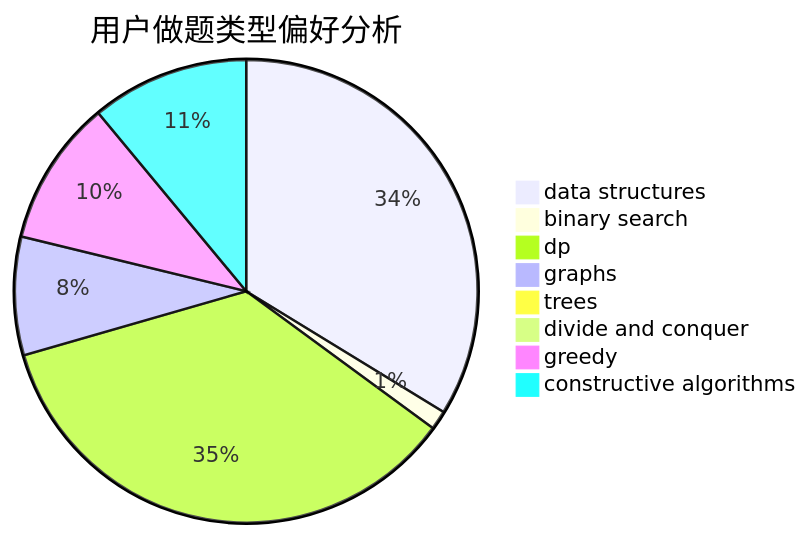
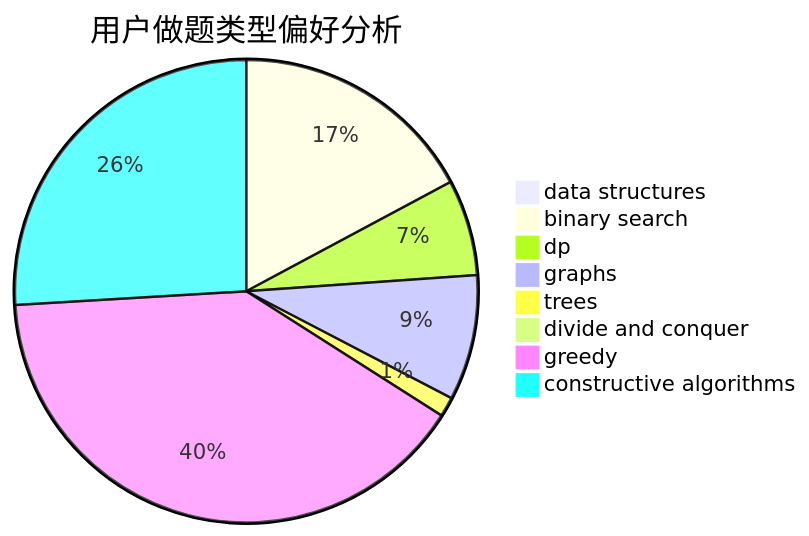
Before and after one commit to sherpahu/cfrs.github.io: the second of 3 diagrams in docs/user/u1058.md, drawn with Mermaid. The commit also changed other lines of this file and 2770 other files, not shown here.

````diff
--- a/docs/user/u1058.md
+++ b/docs/user/u1058.md
@@ -23,11 +23,11 @@
 ```mermaid
 pie title 用户做题类型偏好分析
-    "data structures" :  355
-    "binary search" :  14
-    "dp" :  373
-    "graphs" :  87
-    "trees" :  1
+    "data structures" :  3
+    "binary search" :  100
+    "dp" :  39
+    "graphs" :  51
+    "trees" :  8
     "divide and conquer" :  0
-    "greedy" :  107
-    "constructive algorithms" :  116
+    "greedy" :  233
+    "constructive algorithms" :  151
 ```
````
